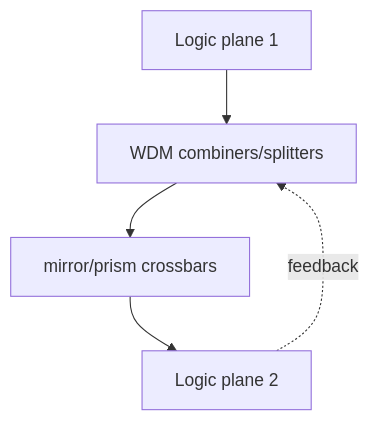
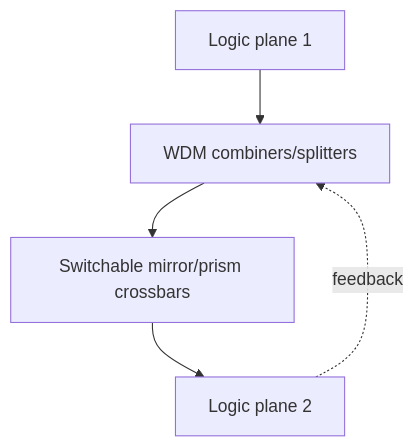
The third of 4 diagrams in pshc.md (serpentchain/serpentchain.io.github.io), drawn with Mermaid before and after one commit. The commit also changed other lines of this file, not shown here.

````diff
--- a/pshc.md
+++ b/pshc.md
@@ -322,7 +413,7 @@
 ```mermaid
 flowchart TB
     G1[Logic plane 1] --> WDM[WDM combiners/splitters]
-    WDM --> MIR[mirror/prism crossbars]
+    WDM --> MIR[Switchable mirror/prism crossbars]
     MIR --> G2[Logic plane 2]
     G2 -. feedback .-> WDM
 ```
````
